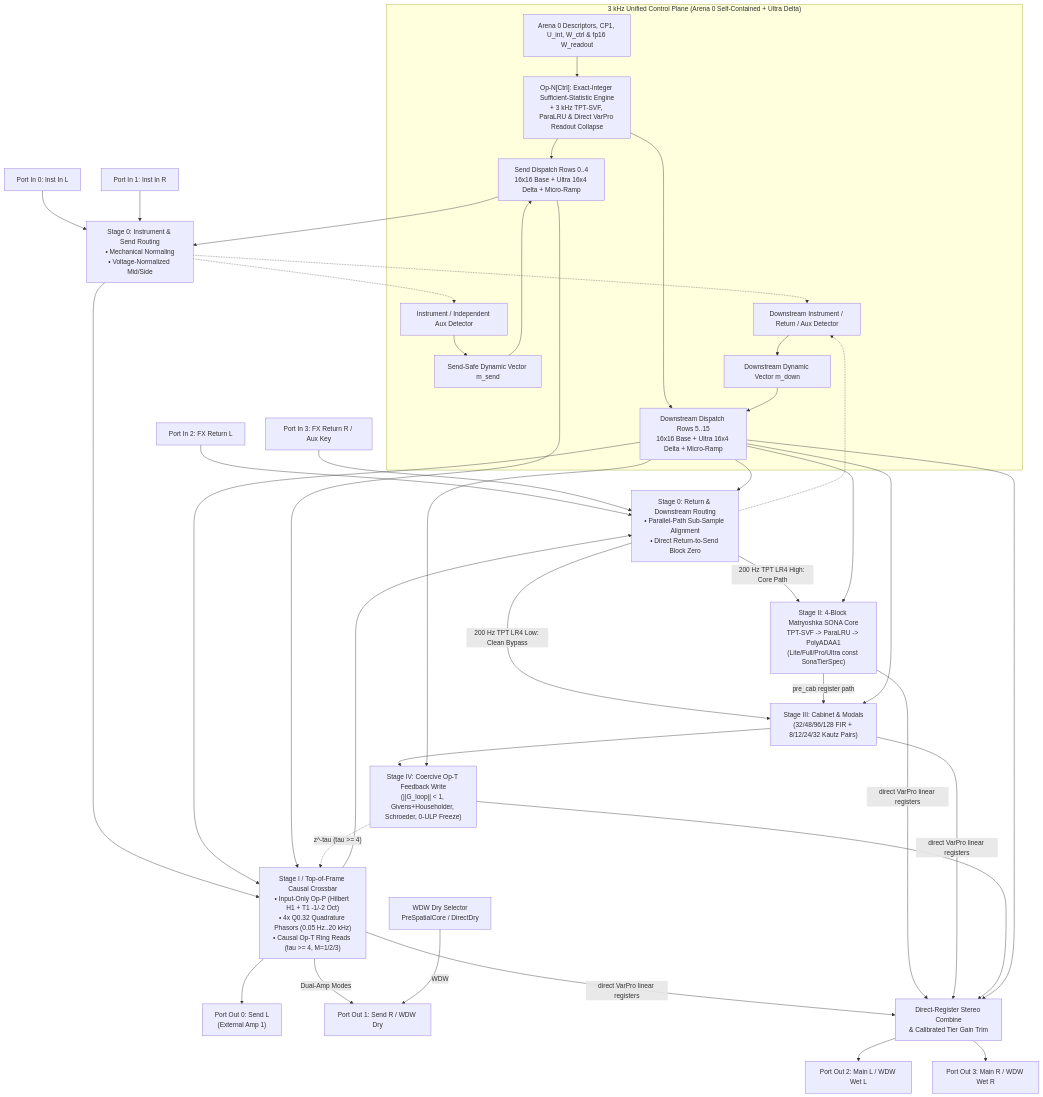
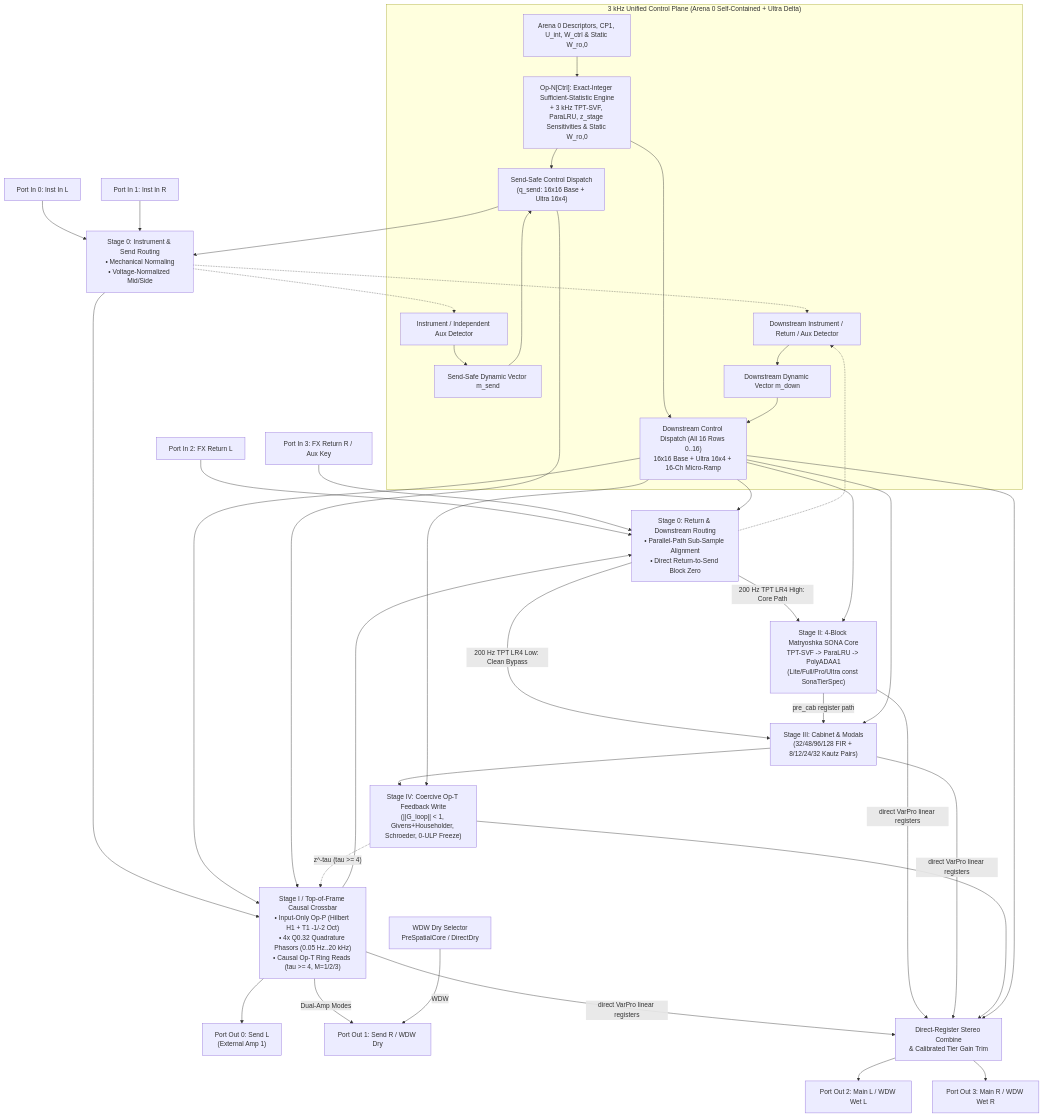
One commit to mokugen/dnam changed the diagram in docs/specs/dsp/router_and_stages_topology.md. Above: the diagram before and after it, drawn with Mermaid. The commit also changed other lines of this file and 19 other files, not shown here.

````diff
--- a/docs/specs/dsp/router_and_stages_topology.md
+++ b/docs/specs/dsp/router_and_stages_topology.md
@@ -34,36 +34,36 @@
 ```mermaid
 flowchart TD
     subgraph ControlBusGroup ["3 kHz Unified Control Plane (Arena 0 Self-Contained + Ultra Delta)"]
-        CtrlSrc["Arena 0 Descriptors, CP1, U_int, W_ctrl & fp16 W_readout"] --> OpN["Op-N[Ctrl]: Exact-Integer Sufficient-Statistic Engine<br/>+ 3 kHz TPT-SVF, ParaLRU & Direct VarPro Readout Collapse"]
+        CtrlSrc["Arena 0 Descriptors, CP1, U_int, W_ctrl & Static W_ro,0"] --> OpN["Op-N[Ctrl]: Exact-Integer Sufficient-Statistic Engine<br/>+ 3 kHz TPT-SVF, ParaLRU, z_stage Sensitivities & Static W_ro,0"]
         SendDetector["Instrument / Independent Aux Detector"] --> SendMod["Send-Safe Dynamic Vector m_send"]
         DownDetector["Downstream Instrument / Return / Aux Detector"] --> DownMod["Downstream Dynamic Vector m_down"]
-        OpN & SendMod --> SendBus["Send Dispatch Rows 0..4<br/>16x16 Base + Ultra 16x4 Delta + Micro-Ramp"]
-        OpN & DownMod --> DownBus["Downstream Dispatch Rows 5..15<br/>16x16 Base + Ultra 16x4 Delta + Micro-Ramp"]
+        OpN & SendMod --> SendBus["Send-Safe Control Dispatch<br/>(q_send: 16x16 Base + Ultra 16x4)"]
+        OpN & DownMod --> DownBus["Downstream Control Dispatch (All 16 Rows 0..16)<br/>16x16 Base + Ultra 16x4 + 16-Ch Micro-Ramp"]
     end
 
     In0["Port In 0: Inst In L"] & In1["Port In 1: Inst In R"] --> PreRouter["Stage 0: Instrument & Send Routing<br/>• Mechanical Normaling<br/>• Voltage-Normalized Mid/Side"]
     In2["Port In 2: FX Return L"] & In3["Port In 3: FX Return R / Aux Key"] --> DownRouter["Stage 0: Return & Downstream Routing<br/>• Parallel-Path Sub-Sample Alignment<br/>• Direct Return-to-Send Block Zero"]
     PreRouter -.-> SendDetector
     PreRouter & DownRouter -.-> DownDetector
 
     PreRouter --> S1["Stage I / Top-of-Frame Causal Crossbar<br/>• Input-Only Op-P (Hilbert H1 + T1 -1/-2 Oct)<br/>• 4x Q0.32 Quadrature Phasors (0.05 Hz..20 kHz)<br/>• Causal Op-T Ring Reads (tau >= 4, M=1/2/3)"]
     S1 --> Out0["Port Out 0: Send L<br/>(External Amp 1)"]
     S1 -->|"Dual-Amp Modes"| Out1["Port Out 1: Send R / WDW Dry"]
     DryTap["WDW Dry Selector<br/>PreSpatialCore / DirectDry"] -->|"WDW"| Out1
     S1 --> DownRouter
 
     DownRouter -->|"200 Hz TPT LR4 Low: Clean Bypass"| S3
     DownRouter -->|"200 Hz TPT LR4 High: Core Path"| S2["Stage II: 4-Block Matryoshka SONA Core<br/>TPT-SVF -> ParaLRU -> PolyADAA1<br/>(Lite/Full/Pro/Ultra const SonaTierSpec)"]
     S2 -->|"pre_cab register path"| S3["Stage III: Cabinet & Modals<br/>(32/48/96/128 FIR + 8/12/24/32 Kautz Pairs)"]
     S3 --> S4["Stage IV: Coercive Op-T Feedback Write<br/>(||G_loop|| < 1, Givens+Householder, Schroeder, 0-ULP Freeze)"]
 
     DownBus --> DownRouter & S1 & S2 & S3 & S4
     SendBus --> PreRouter & S1
 
     S1 & S2 & S3 -->|"direct VarPro linear registers"| DirectOut["Direct-Register Stereo Combine<br/>& Calibrated Tier Gain Trim"]
     S4 --> DirectOut
     S4 -. "z^-tau (tau >= 4)" .-> S1
     DownBus --> DirectOut
     DirectOut --> Out2["Port Out 2: Main L / WDW Wet L"]
     DirectOut --> Out3["Port Out 3: Main R / WDW Wet R"]
 ```
````
